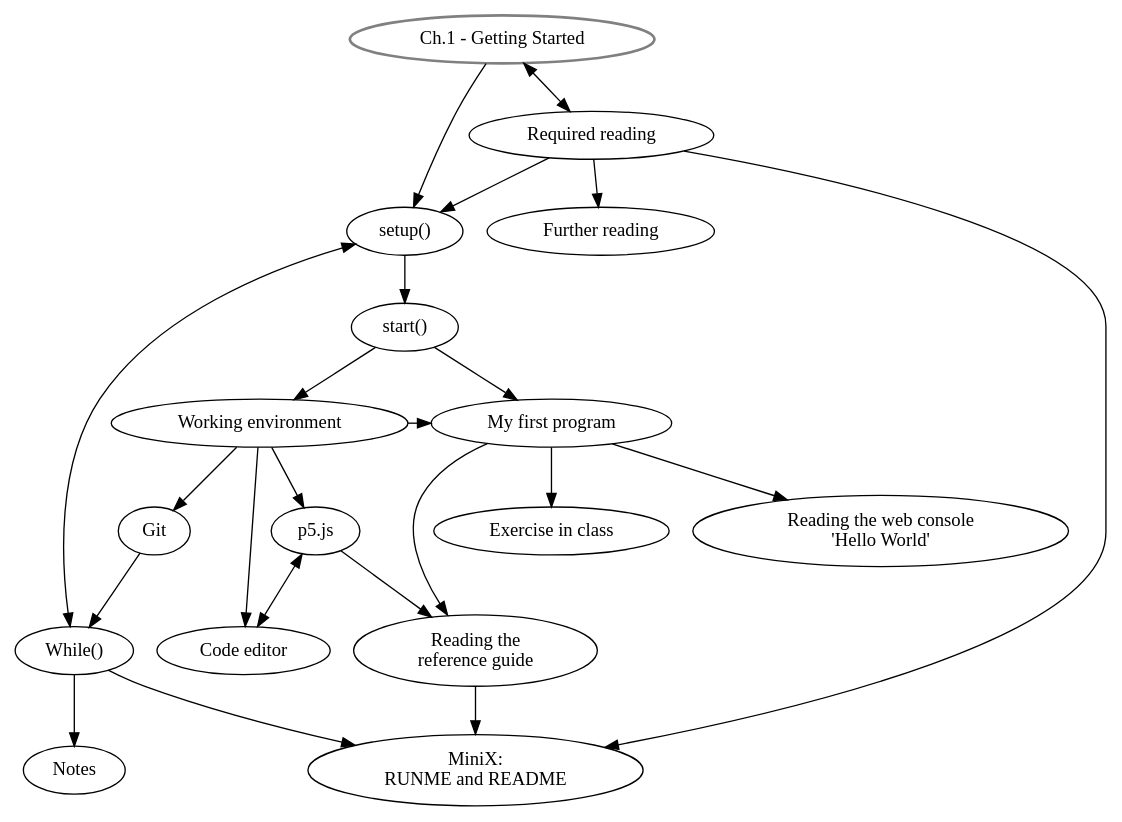
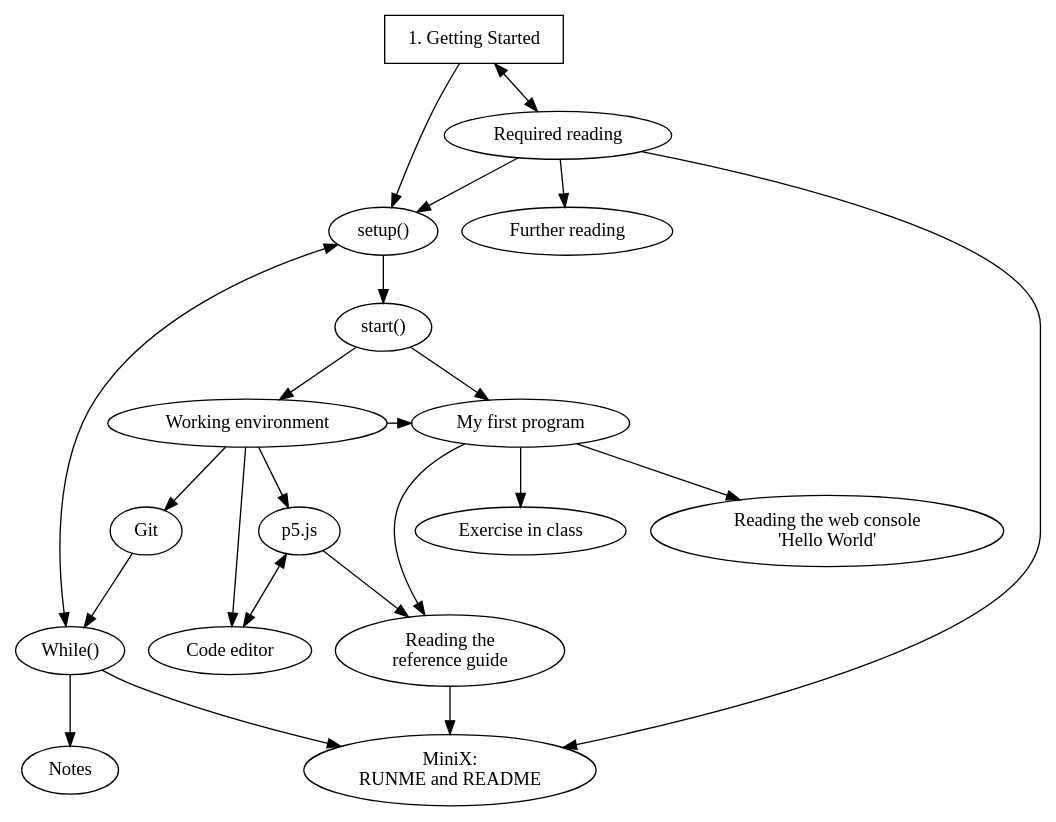
Before and after one commit to danbz/aesthetic-programming: the diagram in graphviz/AP_ch1.dot, drawn with Graphviz. The commit also changed 35 other files, not shown here.

Commit message:
graphviz

```diff
--- a/graphviz/AP_ch1.dot
+++ b/graphviz/AP_ch1.dot
@@ -1,47 +1,51 @@
 digraph G {
+
+node[fontname="Hershey-Noailles-help-me"]
+
 //labels
 GS [
-label="Ch.1 - Getting Started",
+label="1. Getting Started",
 style=bold,
-color=grey,
+shape=rectangle,
+penwidth="1pt"
 ]
 
 SU [label="setup()"]
 ST [label="start()"]
 WE [label="Working environment"]
 p5 [label="p5.js"]
 CE [label="Code editor"]
 MFP [label="My first program"]
 EiC [label="Exercise in class"]
 RC [label="Reading the web console \n'Hello World'"]
 RG [label="Reading the \nreference guide"]
 Git [label="Git"]
 MW [label="While()"]
 MX [label="MiniX: \nRUNME and README"]
 RR [label="Required reading"]
 FR [label="Further reading"]
 Notes [label="Notes"]
 
 {rank = same; MFP, WE}
 
 //graph
 GS -> SU -> ST;
 ST -> WE;
 GS -> RR[dir=both];
 WE -> p5;
 WE -> CE;
 WE -> Git;
 ST -> MFP;
 MFP -> EiC;
 MFP -> RC;
 MFP -> RG;
 SU -> MW [dir=both];
 MW -> MX, Notes;
 RR -> MX, SU;
 Git -> MW;
 RG -> MX;
 p5 -> CE [dir=both];
 WE -> MFP;
 p5 -> RG;
 RR -> FR;
 }
```
